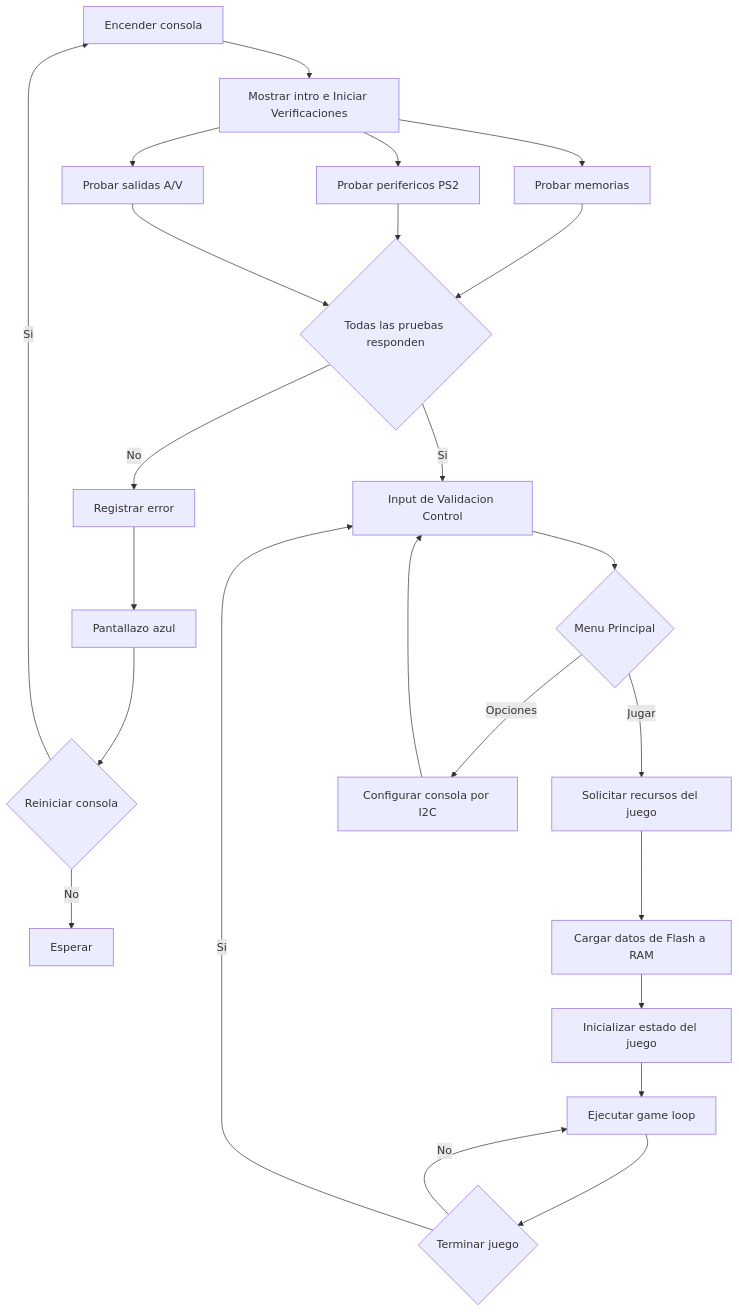
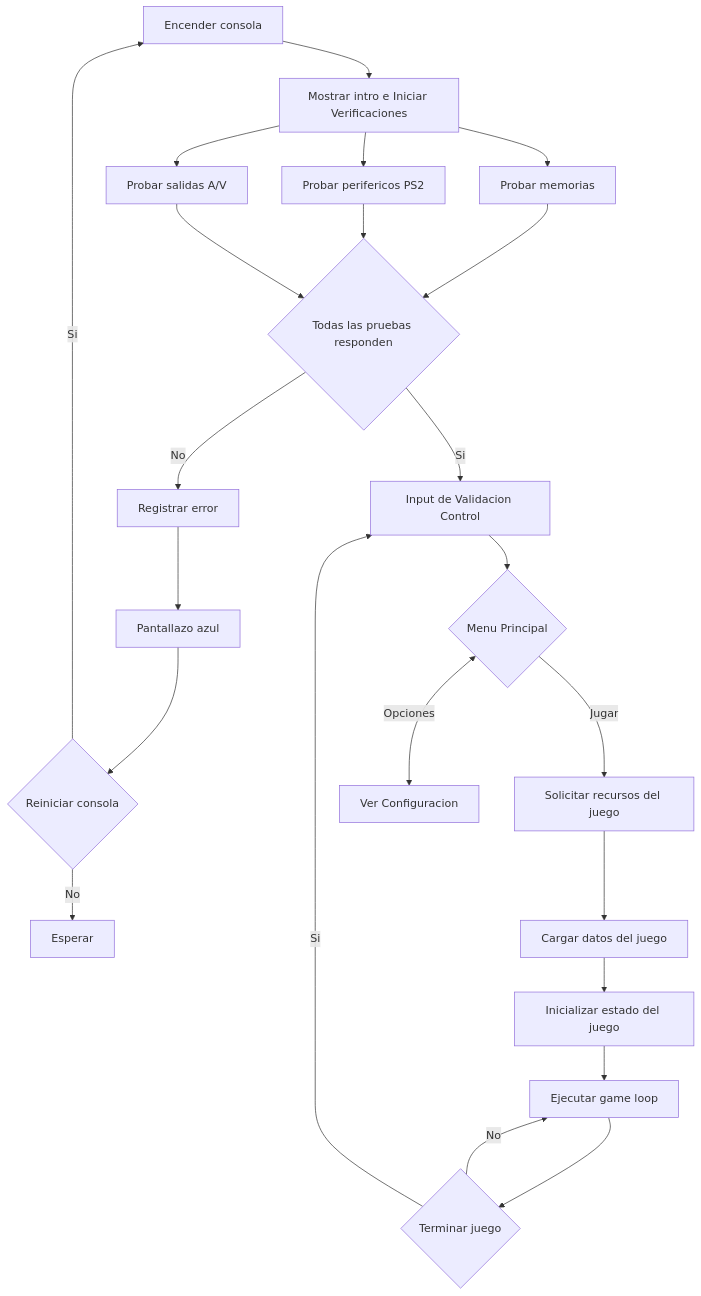
The second of 4 diagrams in Readme.md (JavierGONL/Electroinca_Digital_1_hmwrk_1), drawn with Mermaid before and after one commit. The commit also changed other lines of this file, not shown here.

Commit message:
modified:   Readme.md

````diff
--- a/Readme.md
+++ b/Readme.md
@@ -26,28 +26,27 @@
 ```mermaid
 flowchart TD
     A[Encender consola]
     A --> D
     D[Mostrar intro e Iniciar Verificaciones]
     D --> E[Probar memorias]
     D --> F[Probar perifericos PS2]
     D --> G[Probar salidas A/V]
     E --> H{Todas las pruebas responden}
     H -->|No| I[Registrar error]
     I --> J[Pantallazo azul]
     J --> K{Reiniciar consola}
     K -->|Si| A
     K -->|No| L[Esperar]
     H -->|Si| M[Input de Validacion Control]
     M --> N{Menu Principal}
     N -->|Jugar| O[Solicitar recursos del juego]
-    N -->|Opciones| P[Configurar consola por I2C]
-    O --> Q[Cargar datos de Flash a RAM]
+    N <-->|Opciones| P[Ver Configuracion]
+    O --> Q[Cargar datos del juego]
     Q --> R[Inicializar estado del juego]
     R --> S[Ejecutar game loop]
     S --> T{Terminar juego}
     F --> H
     G --> H
-    P --> M
     T -->|No| S
     T -->|Si| M
 ```
````
